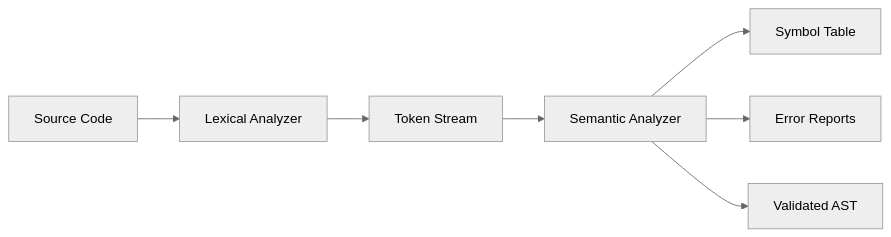
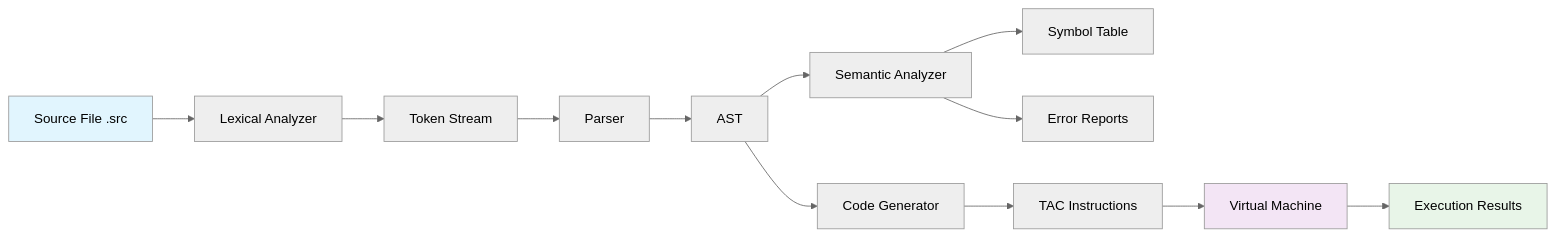
Before and after one commit to IrigoyenCodes/ABET-SO1-M1-Computer-Theory: the diagram in README.md, drawn with Mermaid (neutral theme). The commit also changed other lines of this file, not shown here.

````diff
--- a/README.md
+++ b/README.md
@@ -223,9 +336,18 @@
 ```mermaid
 flowchart LR
-    A[Source Code] --> B[Lexical Analyzer]
+    A[Source File .src] --> B[Lexical Analyzer]
     B --> C[Token Stream]
-    C --> D[Semantic Analyzer]
-    D --> E[Symbol Table]
-    D --> F[Error Reports]
-    D --> G[Validated AST]
+    C --> D[Parser]
+    D --> E[AST]
+    E --> F[Semantic Analyzer]
+    F --> G[Symbol Table]
+    F --> H[Error Reports]
+    E --> I[Code Generator]
+    I --> J[TAC Instructions]
+    J --> K[Virtual Machine]
+    K --> L[Execution Results]
+    
+    style A fill:#e1f5fe
+    style K fill:#f3e5f5
+    style L fill:#e8f5e8
 ```
````
